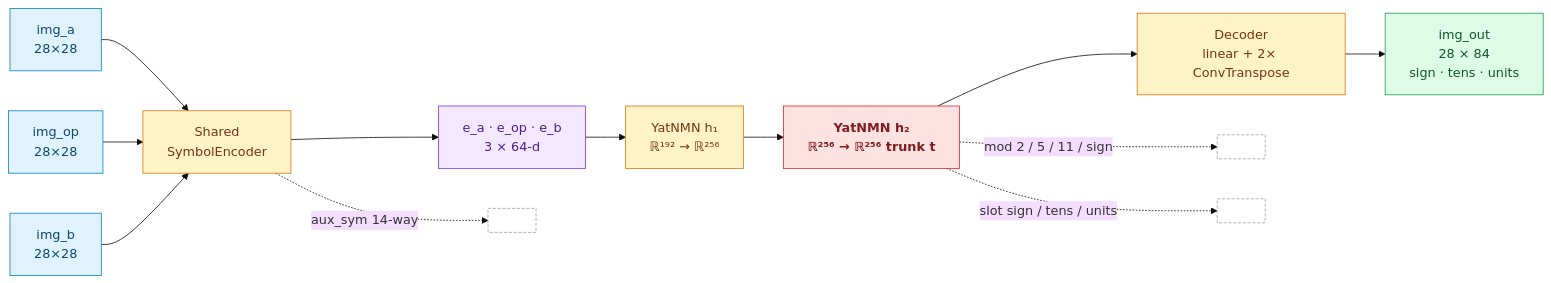
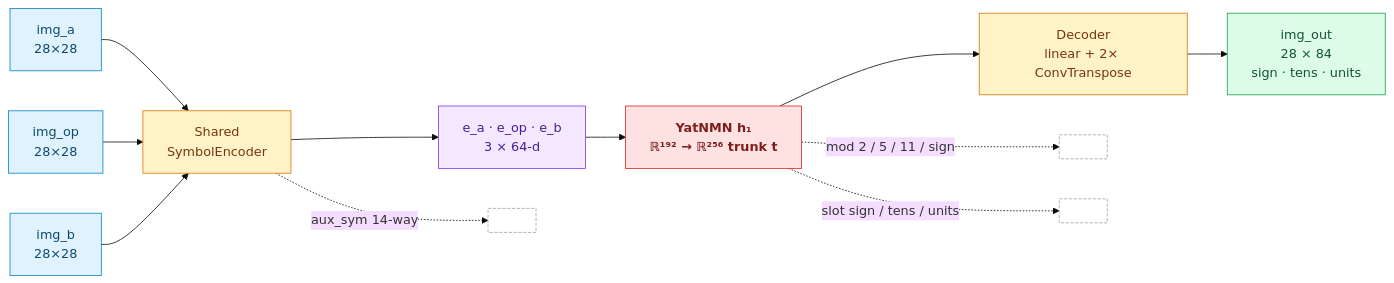
Before and after one commit to mlnomadpy/painting-arithmetic: the diagram in README.md, drawn with Mermaid (base theme). The commit also changed other lines of this file, not shown here.

Commit message:
docs(README): fix arch diagram — single Yat trunk, not two
The deployed v3-thin checkpoint (and the encode.onnx/decode.onnx
shipping in the demo) uses the single-Yat variant: one YatNMN layer
mapping ℝ¹⁹² → ℝ²⁵⁶, which is the trunk t. The earlier diagram showed
h₁ + h₂ from the two-layer variant. Updated:

- mermaid flowchart: collapsed h₁/h₂ into one YatNMN h₁ node tagged
  "trunk t"; aux heads now branch off h₁
- trunk bullet: rewritten to describe a single layer, with a note that
  the two-layer variant exists but is not deployed
- post-`h₂` → post-`h₁` in the PCA finding
- minor clarifications elsewhere referencing the single Yat layer

````diff
--- a/README.md
+++ b/README.md
@@ -208,22 +208,21 @@
 ```mermaid
 flowchart LR
     A[img_a<br/>28×28]:::input --> E
     O[img_op<br/>28×28]:::input --> E
     B[img_b<br/>28×28]:::input --> E
     E[Shared<br/>SymbolEncoder]:::block --> EM[e_a · e_op · e_b<br/>3 × 64-d]:::vec
-    EM --> H1["YatNMN h₁<br/>ℝ¹⁹² → ℝ²⁵⁶"]:::block
-    H1 --> H2["YatNMN h₂<br/>ℝ²⁵⁶ → ℝ²⁵⁶ <b>trunk t</b>"]:::trunk
-    H2 --> D[Decoder<br/>linear + 2× ConvTranspose]:::block
+    EM --> H1["YatNMN h₁<br/>ℝ¹⁹² → ℝ²⁵⁶ <b>trunk t</b>"]:::trunk
+    H1 --> D[Decoder<br/>linear + 2× ConvTranspose]:::block
     D --> OUT["img_out<br/>28 × 84<br/>sign · tens · units"]:::output
 
     E -. aux_sym 14-way .-> AUX1[ ]:::aux
-    H2 -. mod 2 / 5 / 11 / sign .-> AUX2[ ]:::aux
-    H2 -. slot sign / tens / units .-> AUX3[ ]:::aux
+    H1 -. mod 2 / 5 / 11 / sign .-> AUX2[ ]:::aux
+    H1 -. slot sign / tens / units .-> AUX3[ ]:::aux
 
     classDef input fill:#e0f2fe,stroke:#0284c7,color:#0c4a6e;
     classDef block fill:#fef3c7,stroke:#d97706,color:#78350f;
     classDef vec fill:#f3e8ff,stroke:#7c3aed,color:#4c1d95;
     classDef trunk fill:#fee2e2,stroke:#dc2626,color:#7f1d1d,font-weight:bold;
     classDef output fill:#dcfce7,stroke:#16a34a,color:#14532d;
     classDef aux fill:none,stroke:#9ca3af,stroke-dasharray:4 2,color:#6b7280;
 ```
````
